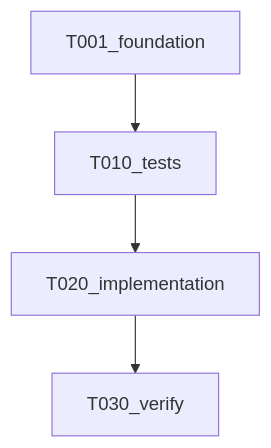
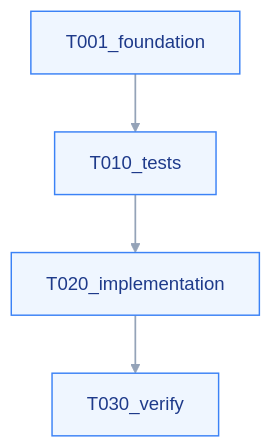
One commit to DanielaRosenn/uiplan-agent-of-agents changed the fourth of 7 diagrams in templates/uiplan/_tasks-template.md. Above: the diagram before and after it, drawn with Mermaid. The commit also changed other lines of this file and 12 other files, not shown here.

````diff
--- a/templates/uiplan/_tasks-template.md
+++ b/templates/uiplan/_tasks-template.md
@@ -363,8 +373,11 @@
 ```mermaid
 flowchart TD
   T001[T001_foundation]
   T010[T010_tests]
   T020[T020_implementation]
   T030[T030_verify]
   T001 --> T010 --> T020 --> T030
+  classDef task fill:#EFF6FF,stroke:#3B82F6,color:#1E3A8A,stroke-width:1.25px
+  class T001,T010,T020,T030 task
+  linkStyle default stroke:#94A3B8,stroke-width:1.5px
 ```
````
